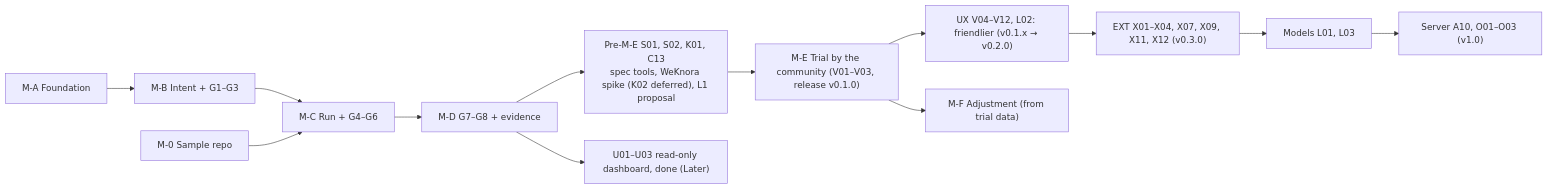
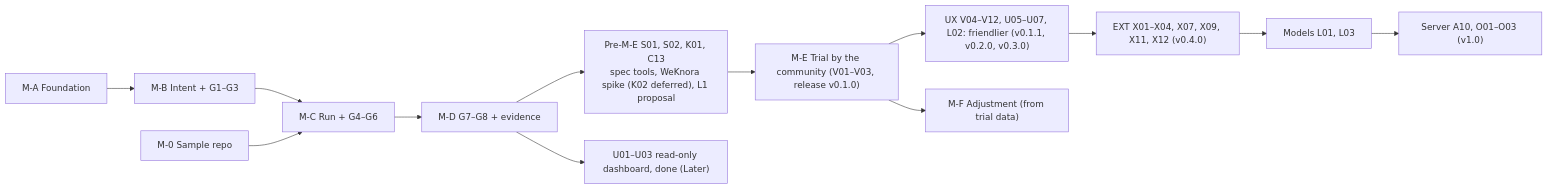
One commit to hoanghainh1188/agentic-sdlc-framework changed the diagram in design/D-08-mvp-backlog.md. Above: the diagram before and after it, drawn with Mermaid. The commit also changed other lines of this file and 8 other files, not shown here.

First line of the commit message:
chore: release v0.2.0 (version, CHANGELOG, roadmap) (#306)

````diff
--- a/design/D-08-mvp-backlog.md
+++ b/design/D-08-mvp-backlog.md
@@ -56,15 +56,15 @@
 ```mermaid
 flowchart LR
     MA["M-A Foundation"] --> MB["M-B Intent + G1–G3"]
     MB --> MC["M-C Run + G4–G6"]
     M0["M-0 Sample repo"] --> MC
     MC --> MD["M-D G7–G8 + evidence"]
     MD --> MP["Pre-M-E S01, S02, K01, C13<br/>spec tools, WeKnora spike (K02 deferred), L1 proposal"]
     MP --> ME["M-E Trial by the community (V01–V03, release v0.1.0)"]
-    ME --> UX["UX V04–V12, L02: friendlier (v0.1.x → v0.2.0)"]
-    UX --> EXT["EXT X01–X04, X07, X09, X11, X12 (v0.3.0)"]
+    ME --> UX["UX V04–V12, U05–U07, L02: friendlier (v0.1.1, v0.2.0, v0.3.0)"]
+    UX --> EXT["EXT X01–X04, X07, X09, X11, X12 (v0.4.0)"]
     EXT --> MO["Models L01, L03"]
     MO --> SV["Server A10, O01–O03 (v1.0)"]
     ME --> MF["M-F Adjustment (from trial data)"]
     MD --> MU["U01–U03 read-only dashboard, done (Later)"]
 ```
````
